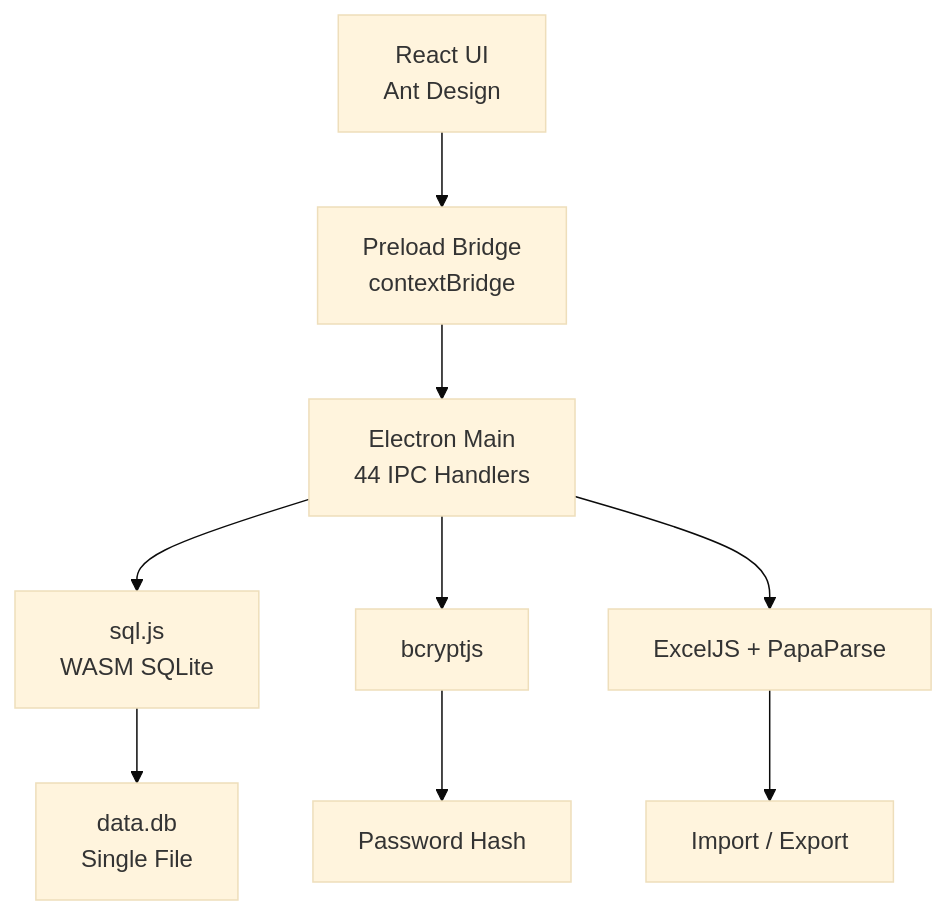
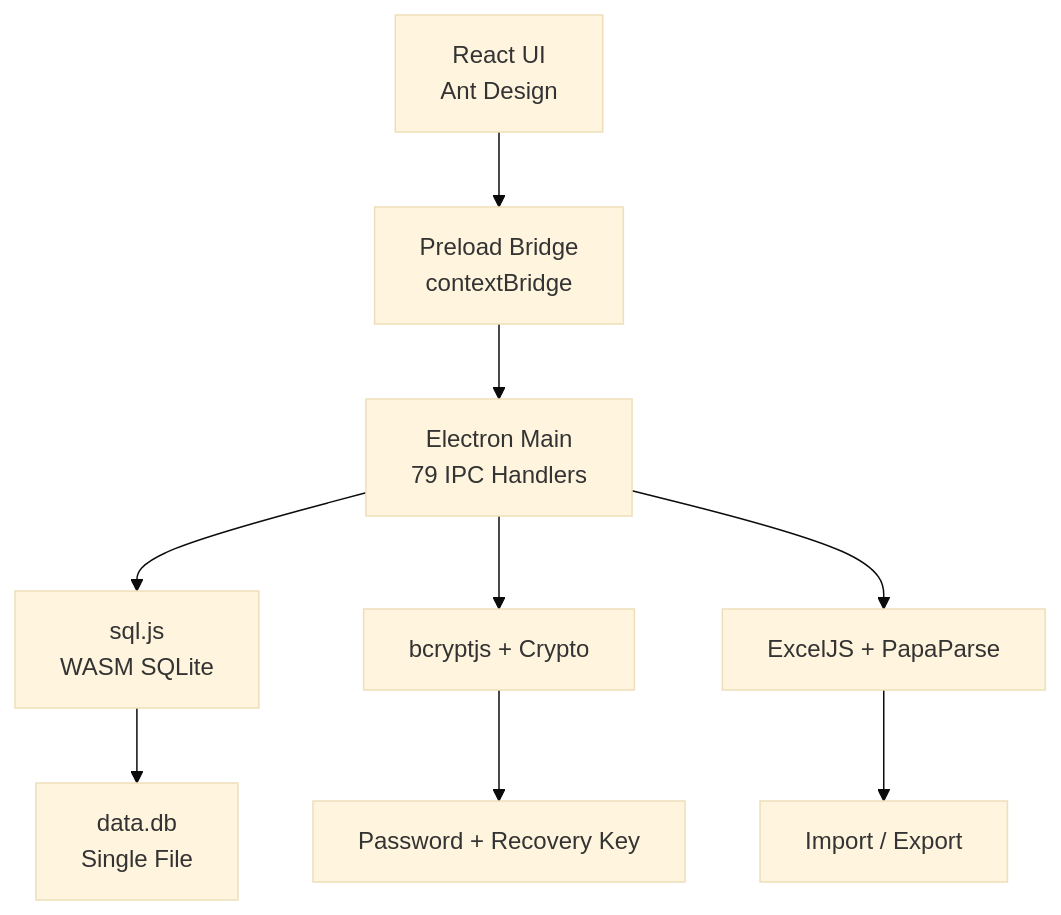
Before and after one commit to nabeelsyed14/darj: the first of 2 diagrams in README.md, drawn with Mermaid (base theme). The commit also changed other lines of this file, not shown here.

Commit message:
Fix README: update counts (IPC handlers 44->79, routes 13->12, tables 17->16, migrations 4->6)

````diff
--- a/README.md
+++ b/README.md
@@ -32,11 +32,11 @@
 ```mermaid
 graph TB
     A[React UI<br/>Ant Design] --> B[Preload Bridge<br/>contextBridge]
-    B --> C[Electron Main<br/>44 IPC Handlers]
+    B --> C[Electron Main<br/>79 IPC Handlers]
     C --> D[sql.js<br/>WASM SQLite]
     D --> E[data.db<br/>Single File]
-    C --> F[bcryptjs]
-    F --> G[Password Hash]
+    C --> F[bcryptjs + Crypto]
+    F --> G[Password + Recovery Key]
     C --> H[ExcelJS + PapaParse]
     H --> I[Import / Export]
 ```
````
